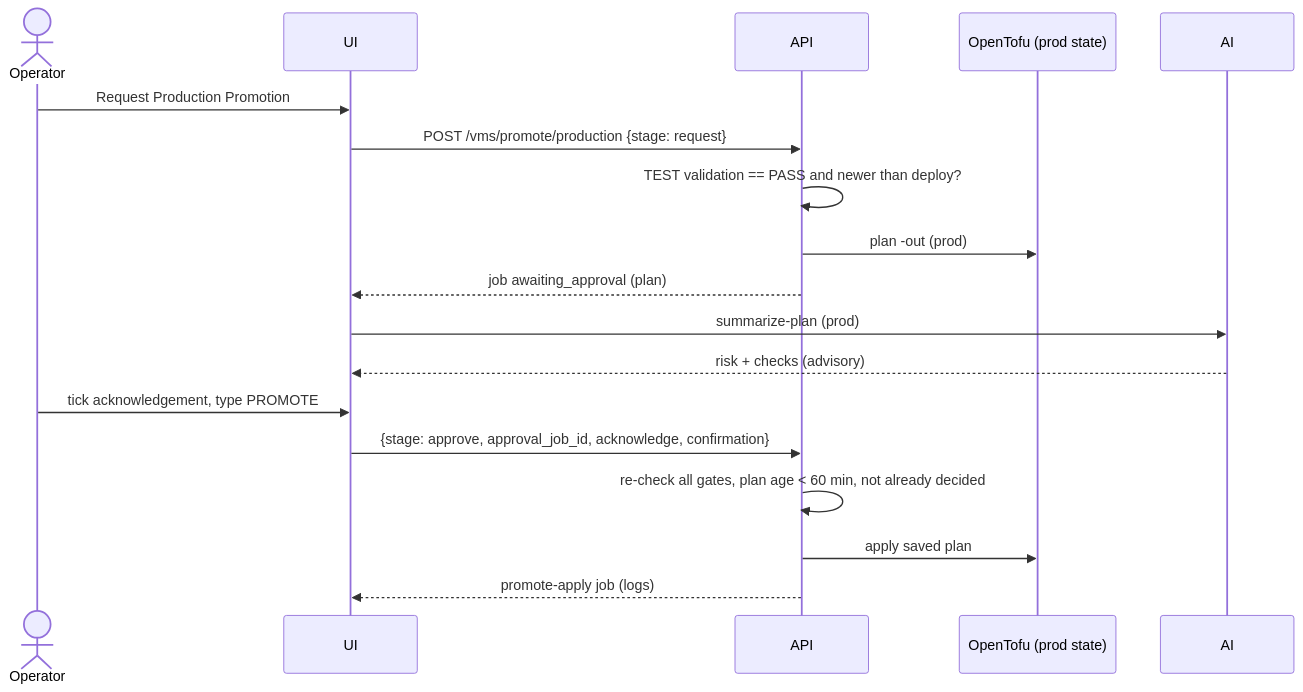
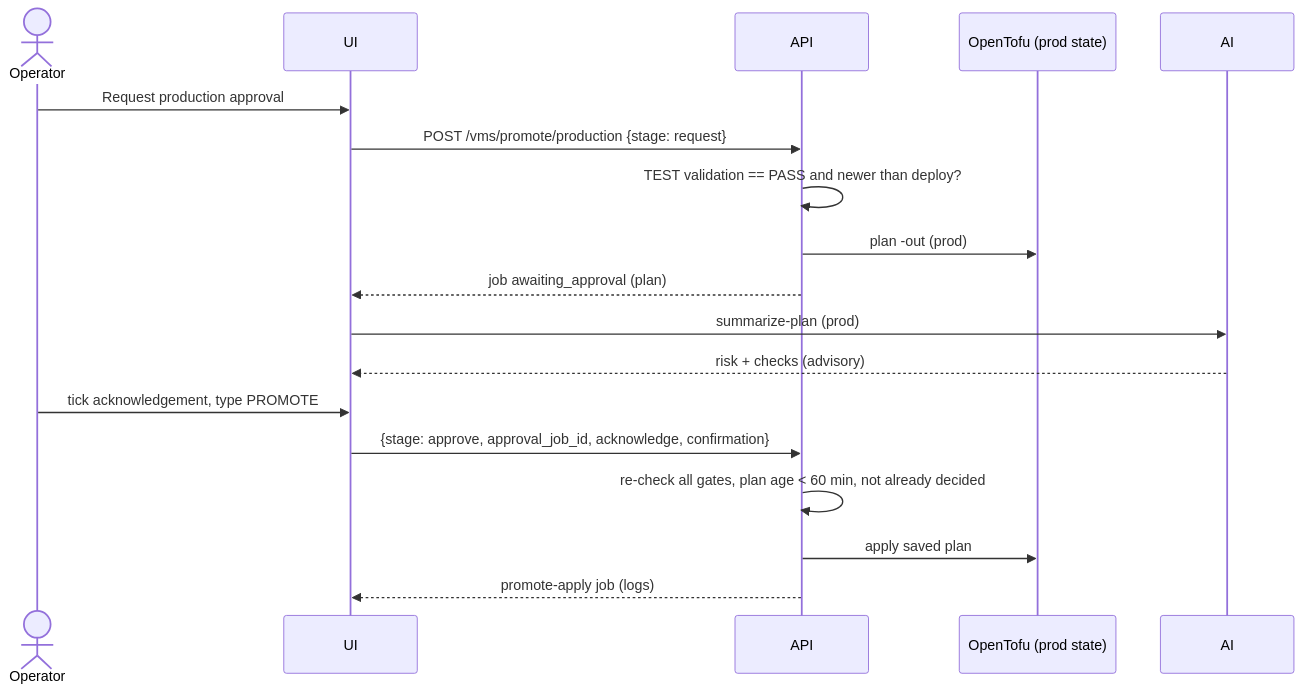
Before and after one commit to LetsManu/proxmox-ai-infra-demo: the third of 3 diagrams in docs/architecture.md, drawn with Mermaid. The commit also changed other lines of this file and 16 other files, not shown here.

````diff
--- a/docs/architecture.md
+++ b/docs/architecture.md
@@ -88,20 +90,20 @@
 ```mermaid
 sequenceDiagram
     actor Op as Operator
     participant UI
     participant API
     participant Tofu as OpenTofu (prod state)
     participant AI
-    Op->>UI: Request Production Promotion
+    Op->>UI: Request production approval
     UI->>API: POST /vms/promote/production {stage: request}
     API->>API: TEST validation == PASS and newer than deploy?
     API->>Tofu: plan -out (prod)
     API-->>UI: job awaiting_approval (plan)
     UI->>AI: summarize-plan (prod)
     AI-->>UI: risk + checks (advisory)
     Op->>UI: tick acknowledgement, type PROMOTE
     UI->>API: {stage: approve, approval_job_id, acknowledge, confirmation}
     API->>API: re-check all gates, plan age < 60 min, not already decided
     API->>Tofu: apply saved plan
     API-->>UI: promote-apply job (logs)
 ```
````
